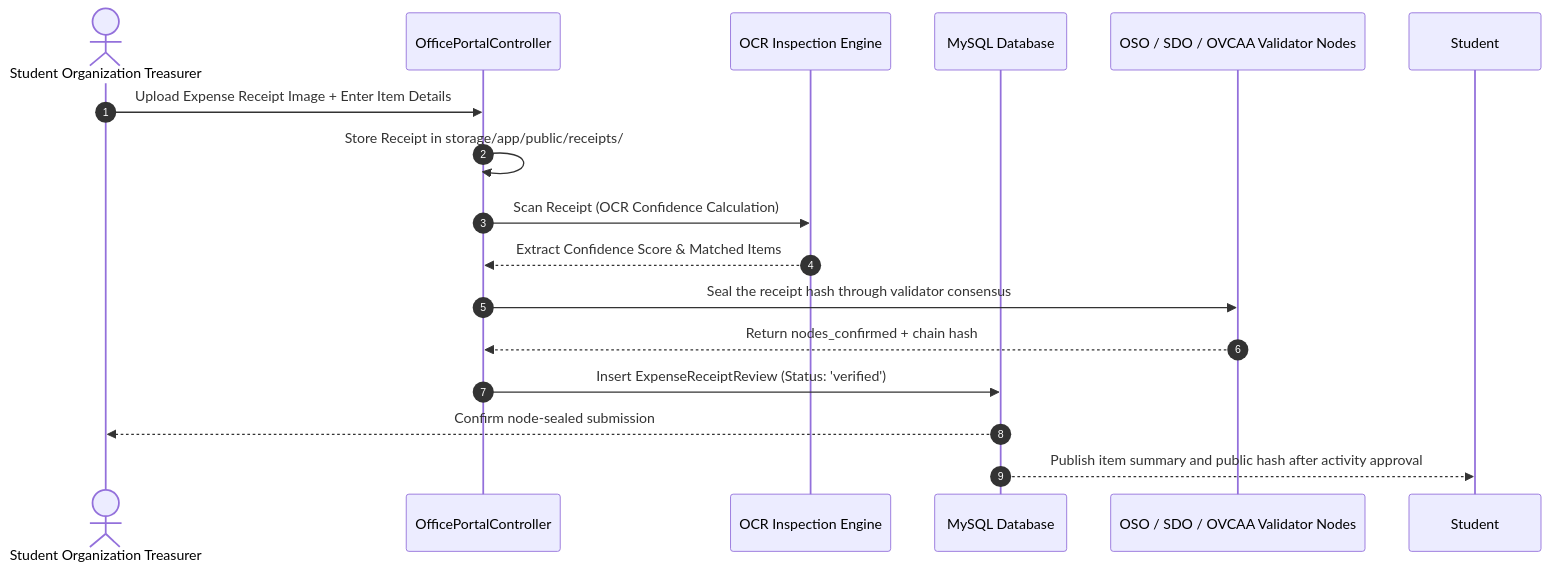
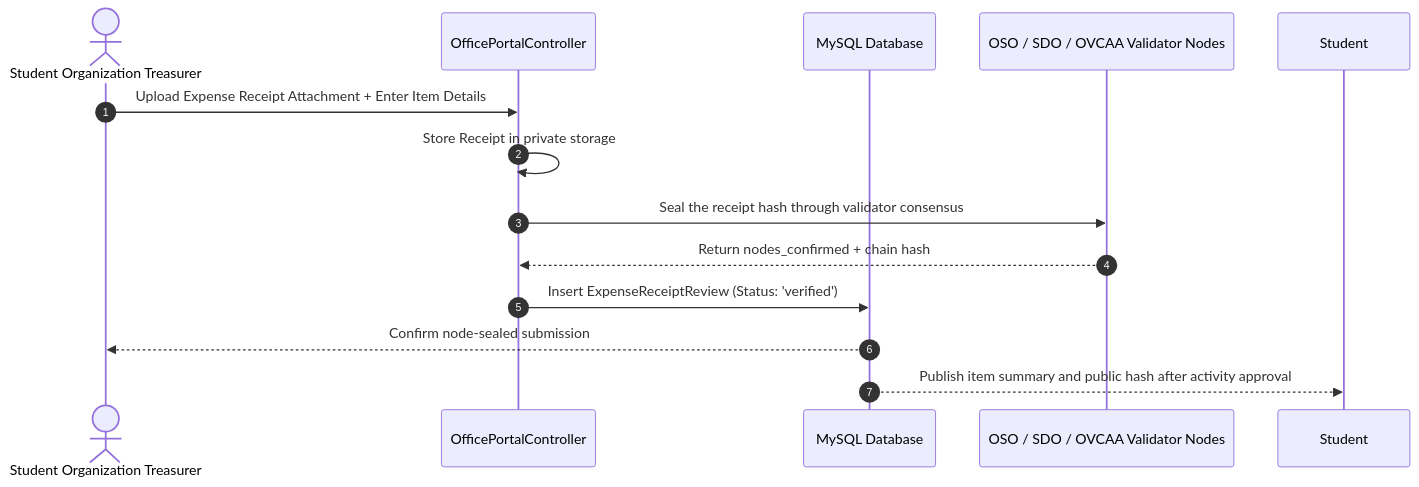
Before and after one commit to chals1029/OrgChainProject: the third of 3 diagrams in ORGCHAIN/01 - System Architecture/End-to-End Data Flow.md, drawn with Mermaid. The commit also changed other lines of this file and 44 other files, not shown here.

````diff
--- a/ORGCHAIN/01 - System Architecture/End-to-End Data Flow.md
+++ b/ORGCHAIN/01 - System Architecture/End-to-End Data Flow.md
@@ -98,19 +98,16 @@
 ```mermaid
 sequenceDiagram
     autonumber
     actor Org as Student Organization Treasurer
     participant OP as OfficePortalController
-    participant OCR as OCR Inspection Engine
     participant DB as MySQL Database
     participant NODES as OSO / SDO / OVCAA Validator Nodes
 
-    Org->>OP: Upload Expense Receipt Image + Enter Item Details
-    OP->>OP: Store Receipt in storage/app/public/receipts/
-    OP->>OCR: Scan Receipt (OCR Confidence Calculation)
-    OCR-->>OP: Extract Confidence Score & Matched Items
+    Org->>OP: Upload Expense Receipt Attachment + Enter Item Details
+    OP->>OP: Store Receipt in private storage
     OP->>NODES: Seal the receipt hash through validator consensus
     NODES-->>OP: Return nodes_confirmed + chain hash
     OP->>DB: Insert ExpenseReceiptReview (Status: 'verified')
     DB-->>Org: Confirm node-sealed submission
     DB-->>Student: Publish item summary and public hash after activity approval
 ```
````
